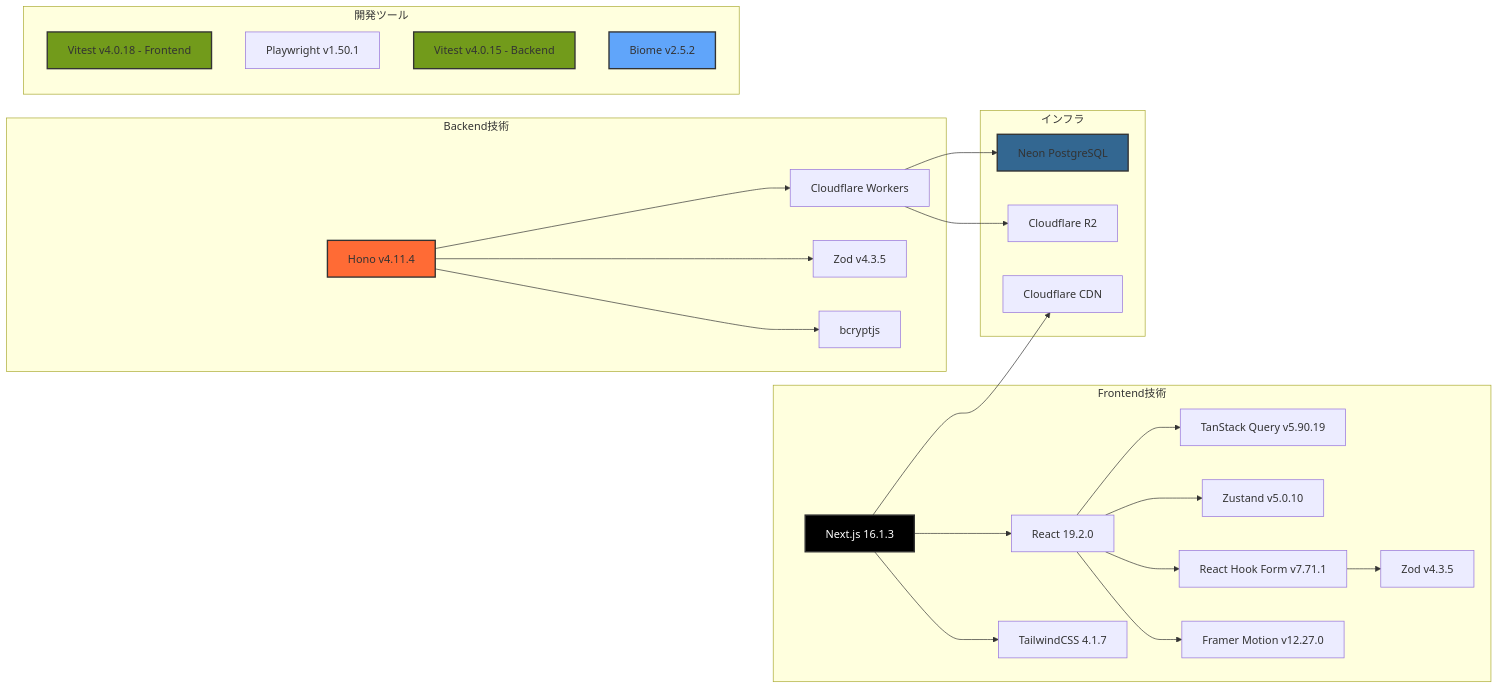
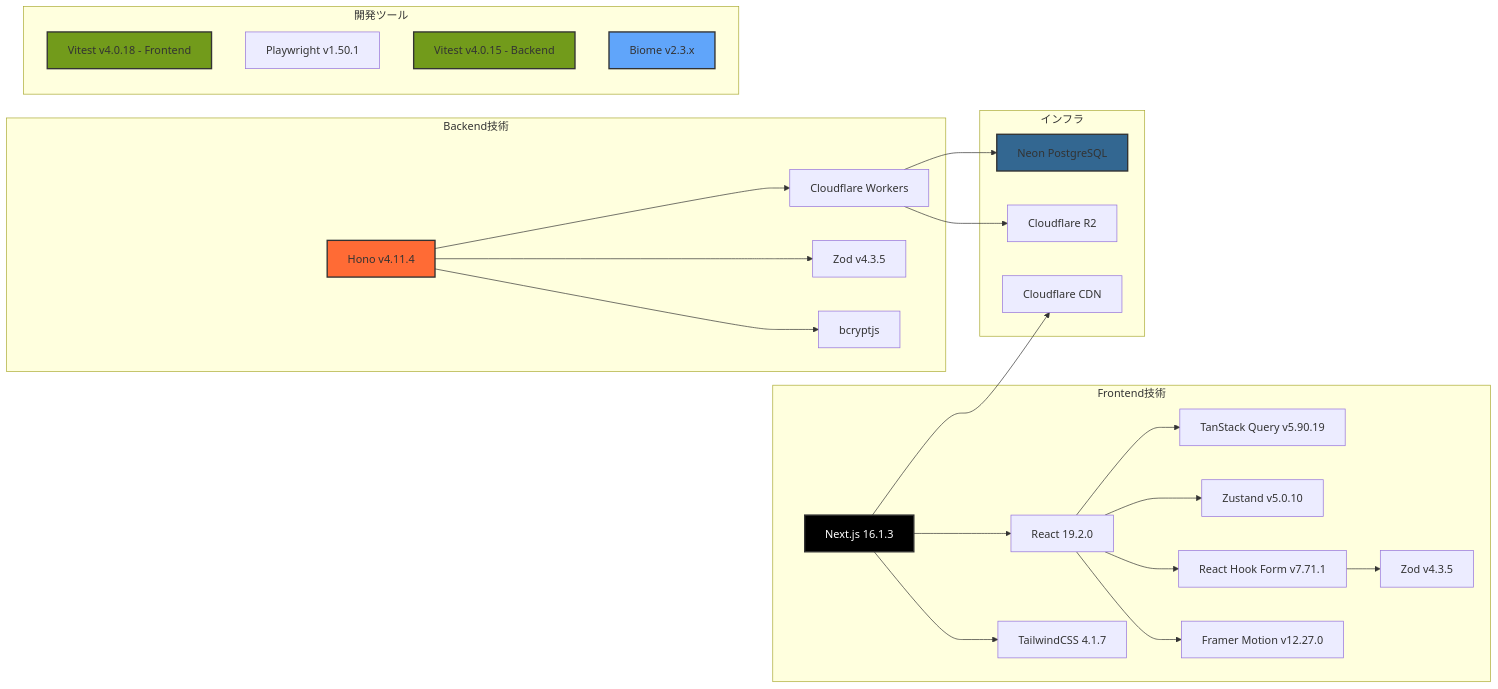
The fourth of 4 diagrams in README.md (ProjectEuropa/Europa), drawn with Mermaid before and after one commit. The commit also changed 5 other files, not shown here.

````diff
--- a/README.md
+++ b/README.md
@@ -165,56 +165,56 @@
 ```mermaid
 graph LR
     subgraph "Frontend技術"
         NextJS[Next.js 16.1.3]
         React[React 19.2.0]
         TailwindCSS[TailwindCSS 4.1.7]
         TanStack[TanStack Query v5.90.19]
         Zustand[Zustand v5.0.10]
         RHF[React Hook Form v7.71.1]
         ZodFE[Zod v4.3.5]
         Framer[Framer Motion v12.27.0]
     end
 
     subgraph "Backend技術"
         Hono[Hono v4.11.4]
         Workers[Cloudflare Workers]
         Zod[Zod v4.3.5]
         Bcrypt[bcryptjs]
     end
 
     subgraph "インフラ"
         Neon[Neon PostgreSQL]
         R2[Cloudflare R2]
         CF[Cloudflare CDN]
     end
 
     subgraph "開発ツール"
         VitestFE[Vitest v4.0.18 - Frontend]
         PlaywrightFE[Playwright v1.50.1]
         VitestBE[Vitest v4.0.15 - Backend]
-        Biome[Biome v2.5.2]
+        Biome[Biome v2.3.x]
     end
 
     NextJS --> React
     NextJS --> TailwindCSS
     React --> TanStack
     React --> Zustand
     React --> RHF
     RHF --> ZodFE
     React --> Framer
 
     Hono --> Workers
     Hono --> Zod
     Hono --> Bcrypt
 
     Workers --> Neon
     Workers --> R2
     NextJS --> CF
 
     style NextJS fill:#000,color:#fff,stroke:#333,stroke-width:2px
     style Hono fill:#ff6b35,stroke:#333,stroke-width:2px
     style Neon fill:#336791,stroke:#333,stroke-width:2px
     style VitestFE fill:#729b1b,stroke:#333,stroke-width:2px
     style VitestBE fill:#729b1b,stroke:#333,stroke-width:2px
     style Biome fill:#60a5fa,stroke:#333,stroke-width:2px
 ```
````
